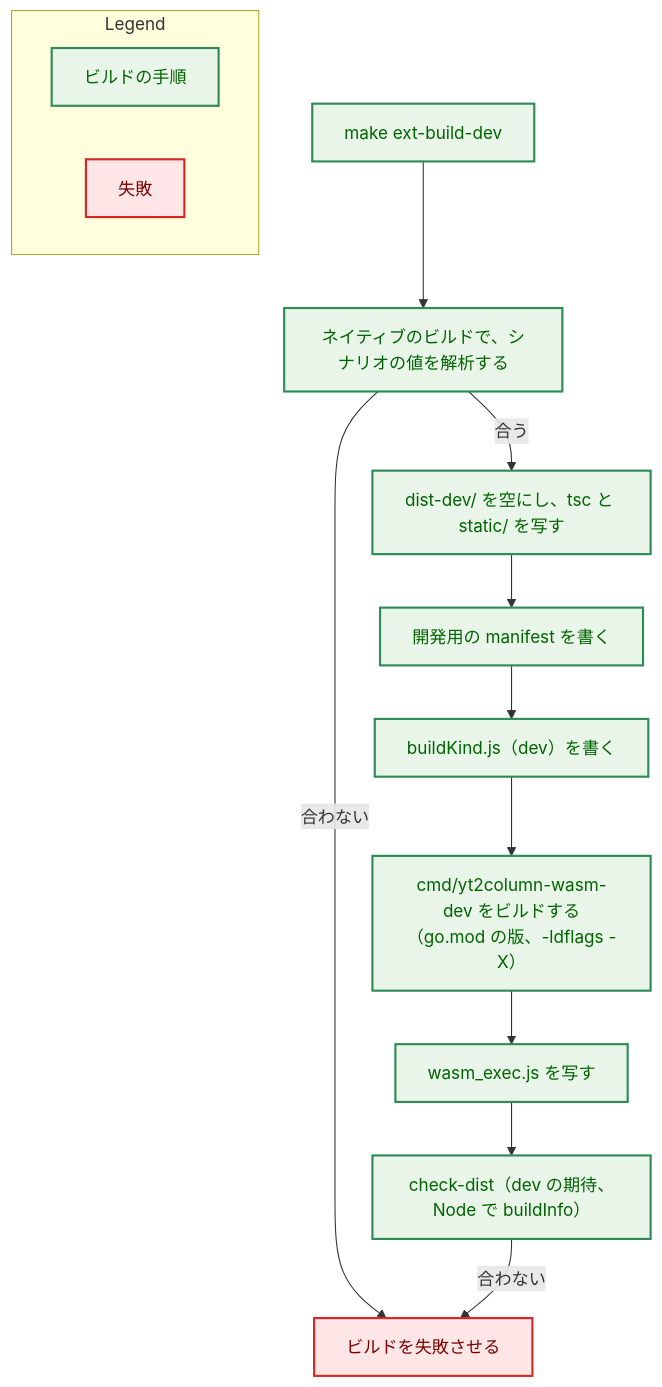
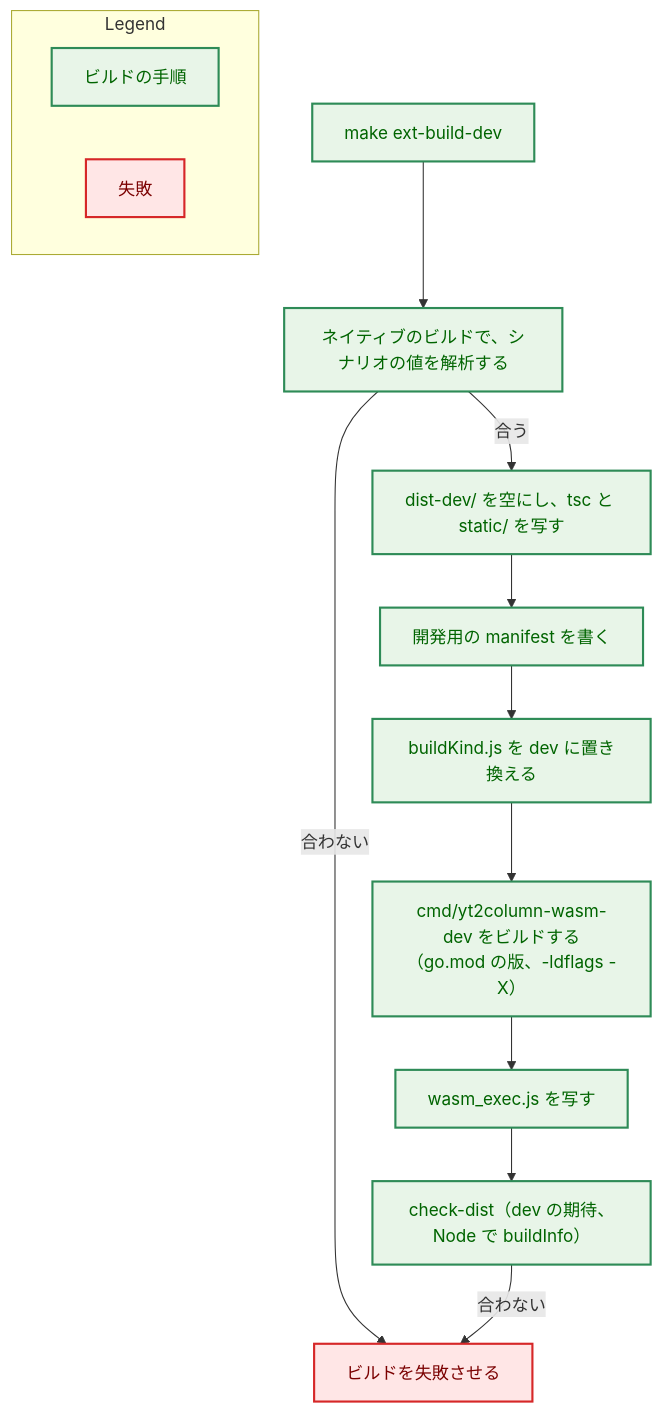
Before and after one commit to isseis/yt2column: the eighth of 8 diagrams in docs/tasks/0091_extension_only_migration/02_architecture.md, drawn with Mermaid. The commit also changed other lines of this file, not shown here.

````diff
--- a/docs/tasks/0091_extension_only_migration/02_architecture.md
+++ b/docs/tasks/0091_extension_only_migration/02_architecture.md
@@ -922,31 +929,31 @@
 ```mermaid
 flowchart TD
     classDef enhanced fill:#e8f5e8,stroke:#2e8b57,stroke-width:2px,color:#006400;
     classDef problem fill:#ffe6e6,stroke:#d62728,stroke-width:2px,color:#7b0000;
 
     S1["make ext-build-dev"]
     S2["ネイティブのビルドで、シナリオの値を解析する"]
     S3["dist-dev/ を空にし、tsc と static/ を写す"]
     S4["開発用の manifest を書く"]
-    S5["buildKind.js（dev）を書く"]
+    S5["buildKind.js を dev に置き換える"]
     S6["cmd/yt2column-wasm-dev をビルドする<br>（go.mod の版、-ldflags -X）"]
     S7["wasm_exec.js を写す"]
     S8["check-dist（dev の期待、Node で buildInfo）"]
     FAIL["ビルドを失敗させる"]
 
     S1 --> S2
     S2 -->|"合う"| S3
     S2 -->|"合わない"| FAIL
     S3 --> S4 --> S5 --> S6 --> S7 --> S8
     S8 -->|"合わない"| FAIL
 
     class S1,S2,S3,S4,S5,S6,S7,S8 enhanced
     class FAIL problem
 
     subgraph Legend["Legend"]
         L1["ビルドの手順"]
         L2["失敗"]
     end
     class L1 enhanced
     class L2 problem
 ```
````
